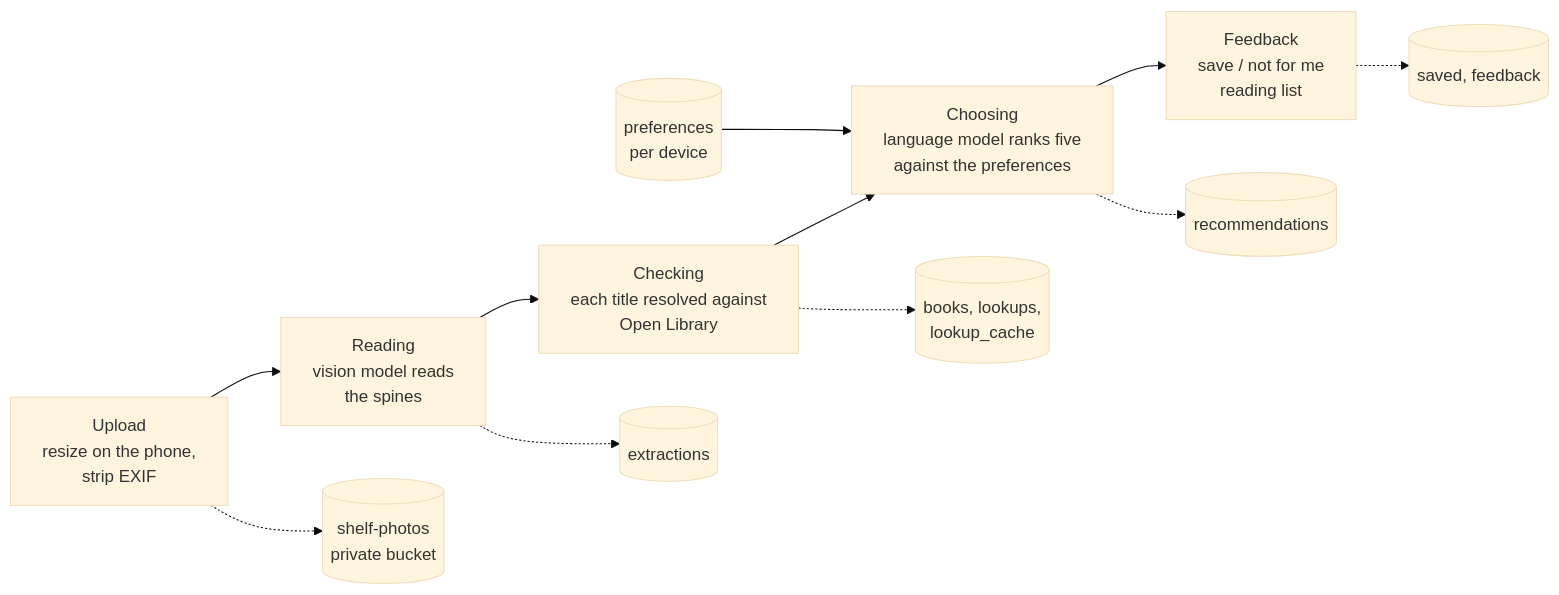
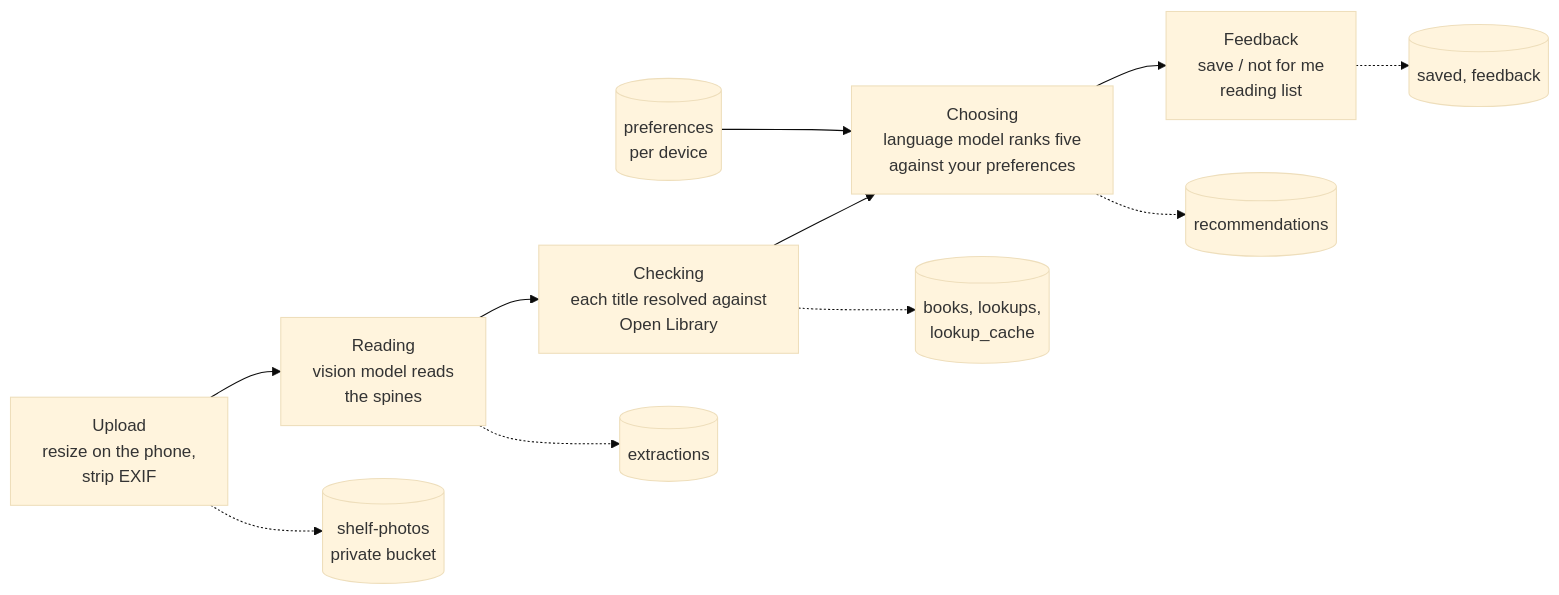
One commit to MarinaWyss/ShelfScanner changed the first of 3 diagrams in README.md. Above: the diagram before and after it, drawn with Mermaid (base theme). The commit also changed other lines of this file and 4 other files, not shown here.

````diff
--- a/README.md
+++ b/README.md
@@ -60,13 +39,13 @@
 ```mermaid
 flowchart LR
     U[Upload<br/>resize on the phone,<br/>strip EXIF] --> R[Reading<br/>vision model reads<br/>the spines]
     R --> C[Checking<br/>each title resolved against<br/>Open Library]
-    C --> S[Choosing<br/>language model ranks five<br/>against the preferences]
+    C --> S[Choosing<br/>language model ranks five<br/>against your preferences]
     S --> F[Feedback<br/>save / not for me<br/>reading list]
     P[(preferences<br/>per device)] --> S
     U -.-> B[(shelf-photos<br/>private bucket)]
     R -.-> E[(extractions)]
     C -.-> L[(books, lookups,<br/>lookup_cache)]
     S -.-> RC[(recommendations)]
     F -.-> SV[(saved, feedback)]
 ```
````
